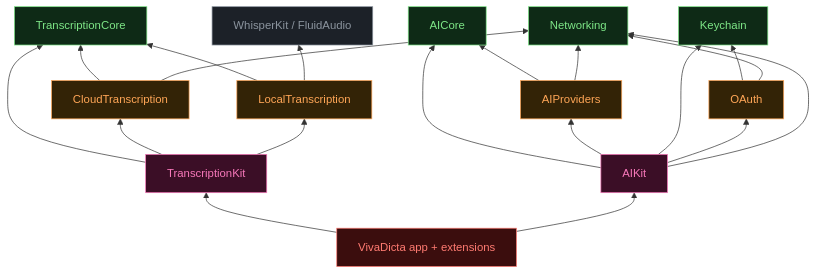
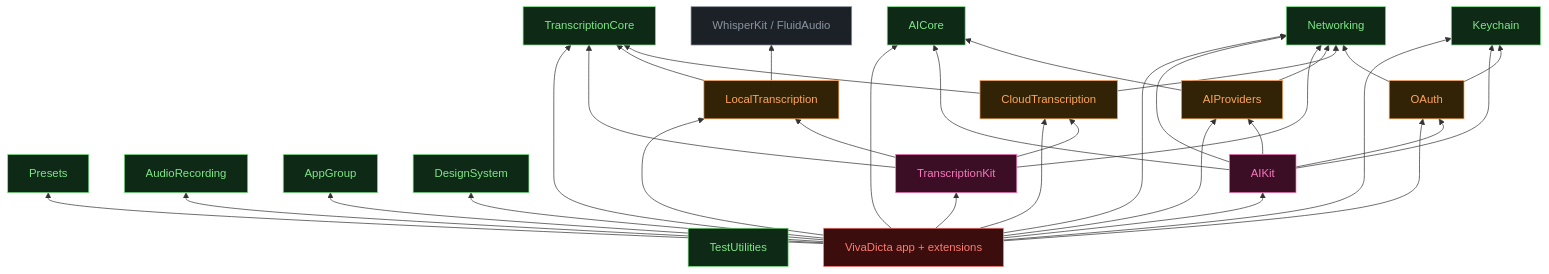
One commit to n0an/VivaDicta changed the second of 4 diagrams in documentation/Module-Architecture.md. Above: the diagram before and after it, drawn with Mermaid. The commit also changed other lines of this file and 1 other file, not shown here.

Commit message:
Restore the full module dependency graph
Bring back every module (the leaf cores Presets / AudioRecording /
AppGroup / DesignSystem / TestUtilities, the WhisperKit external) and
the complete app fan-out from VivaDicta into both graphs - the prior
de-clutter had dropped them. Sourced from the canonical diagram in
llmtemp/Module-Architecture.html, plus AudioRecording (added since
that snapshot) and the verified TranscriptionKit -> Networking edge.

````diff
--- a/documentation/Module-Architecture.md
+++ b/documentation/Module-Architecture.md
@@ -57,54 +57,72 @@
 ```mermaid
 graph BT
   classDef core fill:#0e2a16,stroke:#7ee787,color:#7ee787
   classDef adapter fill:#332306,stroke:#ffa657,color:#ffa657
   classDef orchestrator fill:#3b0e26,stroke:#f778ba,color:#f778ba
   classDef app fill:#3b0d0d,stroke:#ff7b72,color:#ff7b72
   classDef external fill:#1c2128,stroke:#8b949e,color:#8b949e
 
-  %% Core (only those with in-graph dependents)
+  %% Core
   Networking[Networking]:::core
   Keychain[Keychain]:::core
+  Presets[Presets]:::core
   TranscriptionCore[TranscriptionCore]:::core
   AICore[AICore]:::core
+  AudioRecording[AudioRecording]:::core
+  AppGroup[AppGroup]:::core
+  DesignSystem[DesignSystem]:::core
+  TestUtilities[TestUtilities]:::core
 
   %% Adapters
   OAuth[OAuth]:::adapter
   CloudTranscription[CloudTranscription]:::adapter
   LocalTranscription[LocalTranscription]:::adapter
   AIProviders[AIProviders]:::adapter
 
   %% Orchestrators
   TranscriptionKit[TranscriptionKit]:::orchestrator
   AIKit[AIKit]:::orchestrator
 
-  %% App - composes the two stacks via their orchestrators
-  App["VivaDicta app + extensions"]:::app
+  %% App
+  VivaDicta[VivaDicta app + extensions]:::app
 
   %% External
   WhisperKit[WhisperKit / FluidAudio]:::external
 
   %% Adapter -> Core
   OAuth --> Keychain
   OAuth --> Networking
   CloudTranscription --> TranscriptionCore
   CloudTranscription --> Networking
   LocalTranscription --> TranscriptionCore
   LocalTranscription --> WhisperKit
   AIProviders --> AICore
   AIProviders --> Networking
 
   %% Orchestrator -> Adapter + Core
   TranscriptionKit --> TranscriptionCore
   TranscriptionKit --> CloudTranscription
   TranscriptionKit --> LocalTranscription
+  TranscriptionKit --> Networking
   AIKit --> AICore
   AIKit --> AIProviders
   AIKit --> Keychain
   AIKit --> OAuth
   AIKit --> Networking
 
-  %% App composes the two stacks via their orchestrators (direct infra deps omitted - see note)
-  App --> TranscriptionKit
-  App --> AIKit
+  %% App -> everything it composes
+  VivaDicta --> TranscriptionKit
+  VivaDicta --> AIKit
+  VivaDicta --> CloudTranscription
+  VivaDicta --> LocalTranscription
+  VivaDicta --> OAuth
+  VivaDicta --> AIProviders
+  VivaDicta --> TranscriptionCore
+  VivaDicta --> AICore
+  VivaDicta --> Keychain
+  VivaDicta --> Networking
+  VivaDicta --> Presets
+  VivaDicta --> AudioRecording
+  VivaDicta --> AppGroup
+  VivaDicta --> DesignSystem
 ```
````
